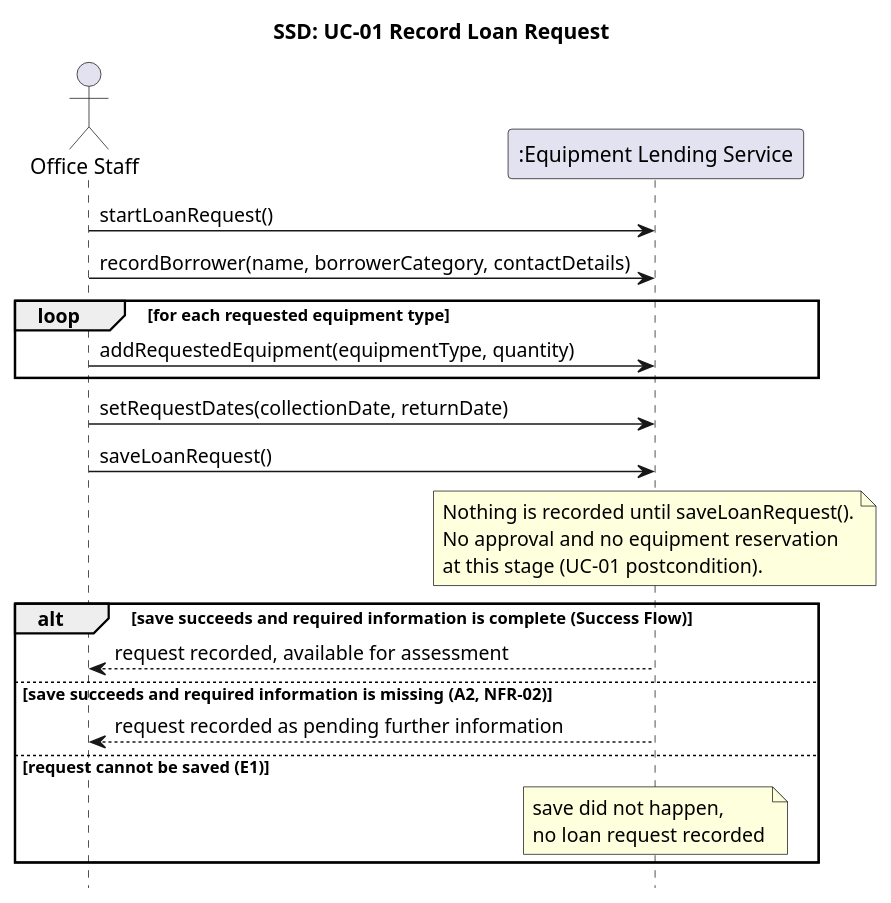
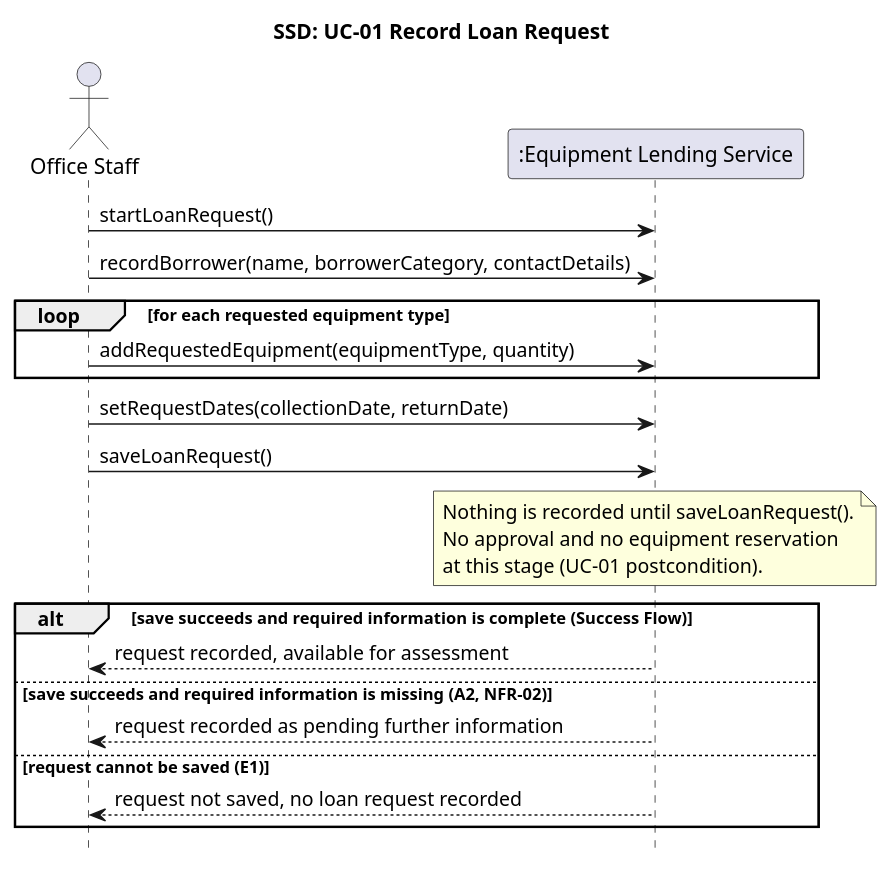
One commit to KaterynaKon/Community-Equipment changed the diagram in ca1-analysis/diagrams/ssd/ssd-uc01-record-loan-request.puml. Above: the diagram before and after it, drawn with PlantUML.

```diff
--- a/ca1-analysis/diagrams/ssd/ssd-uc01-record-loan-request.puml
+++ b/ca1-analysis/diagrams/ssd/ssd-uc01-record-loan-request.puml
@@ -1,30 +1,30 @@
 @startuml
 title SSD: UC-01 Record Loan Request
 hide footbox
 actor "Office Staff" as Staff
 participant ":Equipment Lending Service" as System
 
 Staff -> System : startLoanRequest()
 Staff -> System : recordBorrower(name, borrowerCategory, contactDetails)
 
 loop for each requested equipment type
   Staff -> System : addRequestedEquipment(equipmentType, quantity)
 end
 
 Staff -> System : setRequestDates(collectionDate, returnDate)
 Staff -> System : saveLoanRequest()
 
 note over System
   Nothing is recorded until saveLoanRequest().
   No approval and no equipment reservation
   at this stage (UC-01 postcondition).
 end note
 
 alt save succeeds and required information is complete (Success Flow)
   System --> Staff : request recorded, available for assessment
 else save succeeds and required information is missing (A2, NFR-02)
   System --> Staff : request recorded as pending further information
 else request cannot be saved (E1)
-  note over System : save did not happen,\nno loan request recorded
+  System --> Staff : request not saved, no loan request recorded
 end
 @enduml
```
